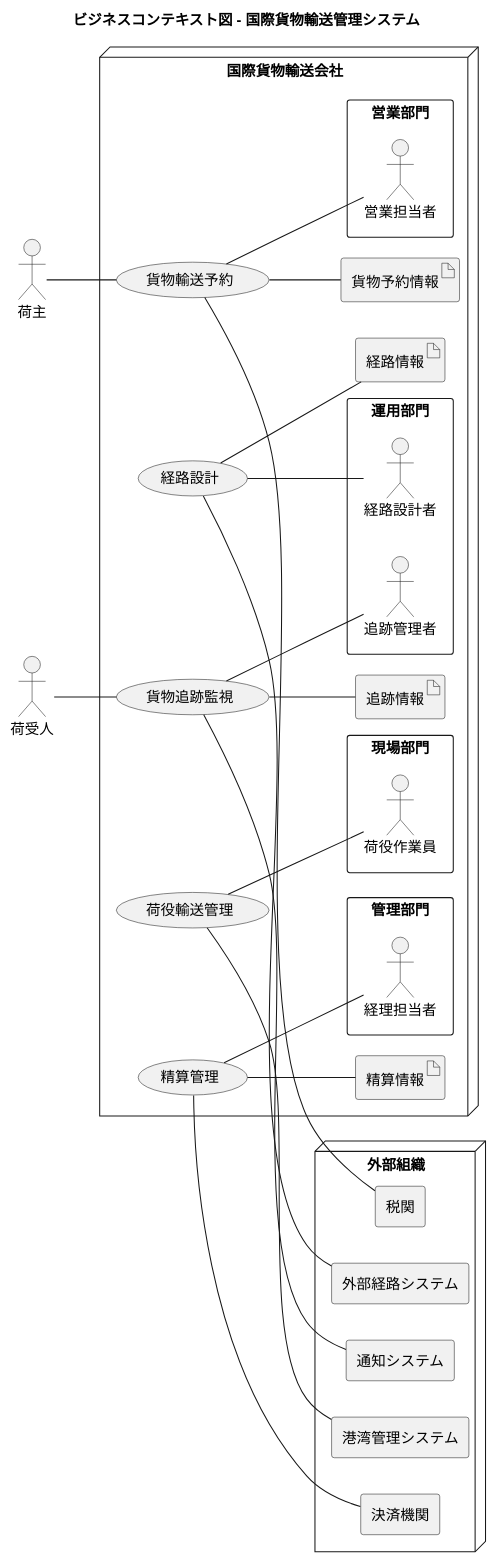
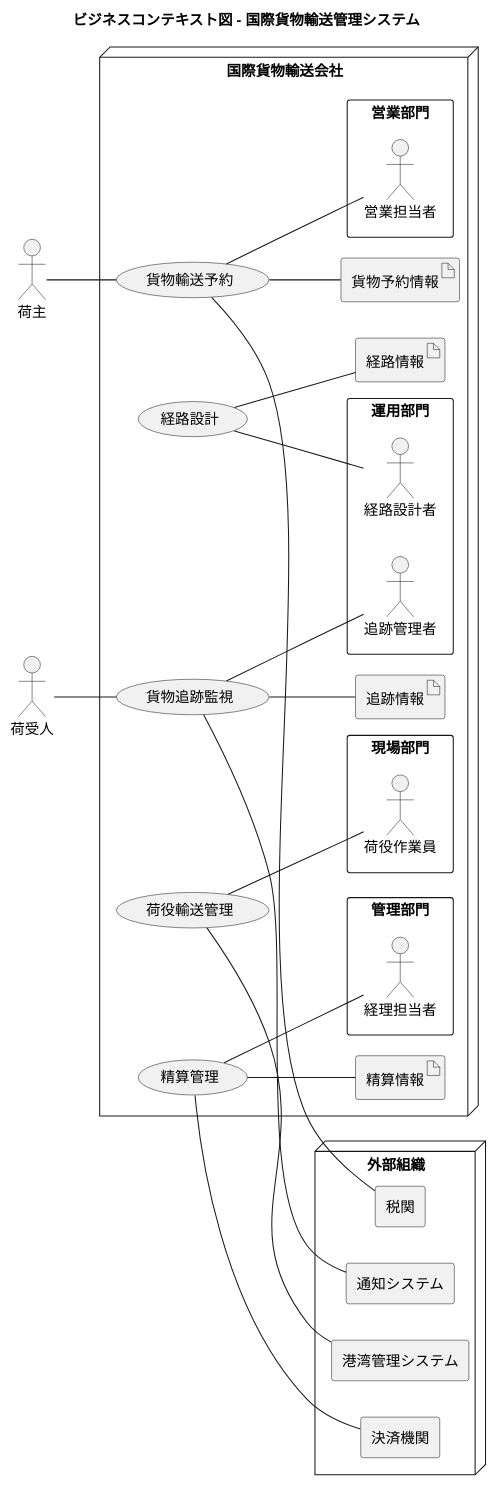
The third of 21 diagrams in docs/requirements/requirements_definition.md (k2works/case-study-cargo-tracker), drawn with PlantUML before and after one commit. The commit also changed other lines of this file and 3 other files, not shown here.

````diff
--- a/docs/requirements/requirements_definition.md
+++ b/docs/requirements/requirements_definition.md
@@ -137,70 +140,68 @@
 ```plantuml
 @startuml
 
 title ビジネスコンテキスト図 - 国際貨物輸送管理システム
 
 left to right direction
 
 actor 荷主
 actor 荷受人
 
 node 国際貨物輸送会社 {
   rectangle 営業部門 {
     actor 営業担当者
   }
 
   rectangle 運用部門 {
     actor 経路設計者
     actor 追跡管理者
   }
 
   rectangle 現場部門 {
     actor 荷役作業員
   }
 
   rectangle 管理部門 {
     actor 経理担当者
   }
 
   usecase 貨物輸送予約
   usecase 経路設計
   usecase 荷役輸送管理
   usecase 貨物追跡監視
   usecase 精算管理
 
   artifact 貨物予約情報
   artifact 経路情報
   artifact 追跡情報
   artifact 精算情報
 }
 
 node 外部組織 {
   agent 通知システム
-  agent 外部経路システム
   agent 港湾管理システム
   agent 決済機関
   agent 税関
 }
 
 :荷主: -- (貨物輸送予約)
 :荷受人: -- (貨物追跡監視)
 
 (貨物輸送予約) -- :営業担当者:
 (経路設計) -- :経路設計者:
 (荷役輸送管理) -- :荷役作業員:
 (貨物追跡監視) -- :追跡管理者:
 (精算管理) -- :経理担当者:
 
 (貨物輸送予約) -- 貨物予約情報
 (経路設計) -- 経路情報
 (貨物追跡監視) -- 追跡情報
 (精算管理) -- 精算情報
 
 (貨物追跡監視) -- 通知システム
-(経路設計) -- 外部経路システム
 (荷役輸送管理) -- 港湾管理システム
 (精算管理) -- 決済機関
 (貨物輸送予約) -- 税関
 
 @enduml
 ```
````
